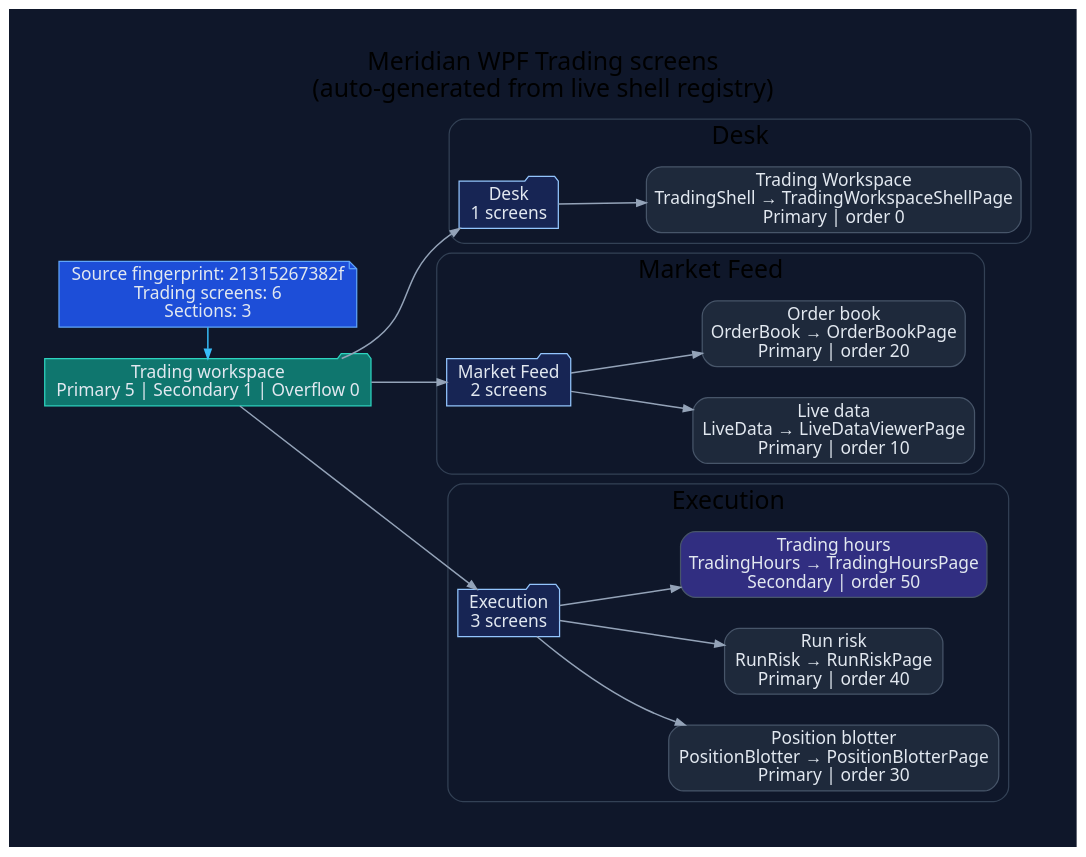
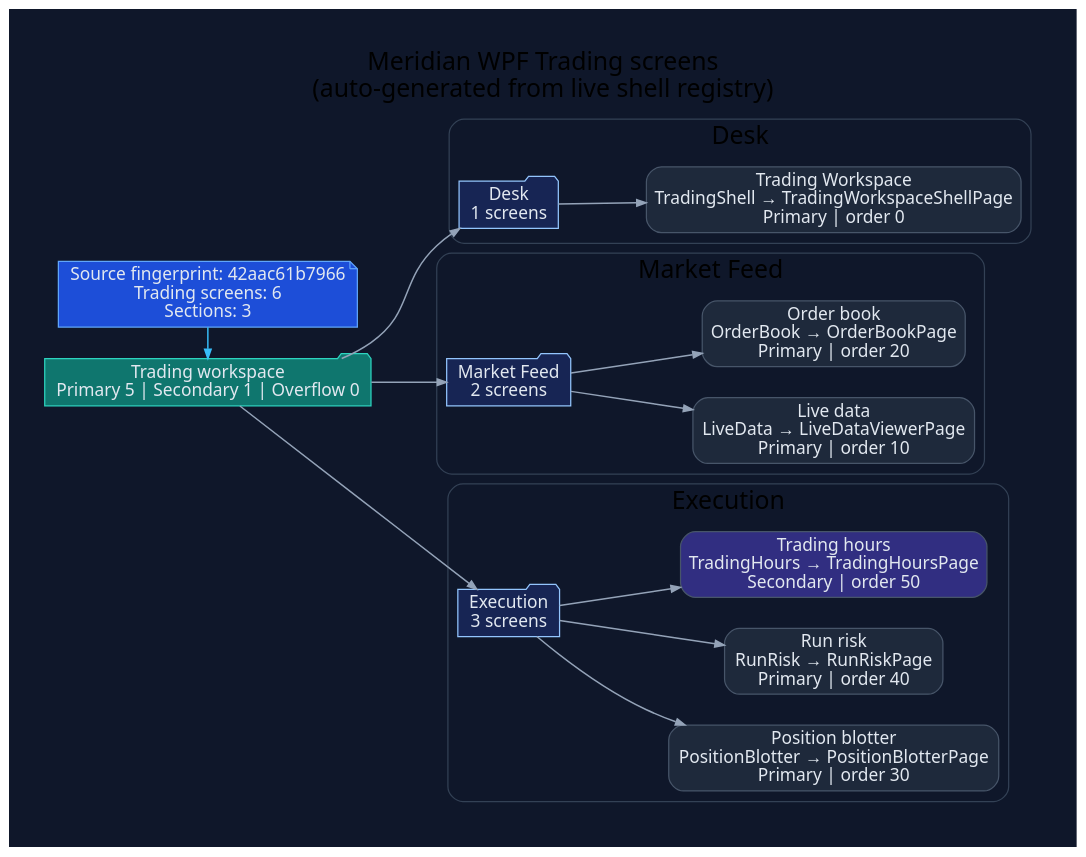
One commit to rodoHasArrived/Meridian-main changed the diagram in docs/diagrams/ui/ui-wpf-screens-trading.dot. Above: the diagram before and after it, drawn with Graphviz. The commit also changed 66 other files, not shown here.

```diff
--- a/docs/diagrams/ui/ui-wpf-screens-trading.dot
+++ b/docs/diagrams/ui/ui-wpf-screens-trading.dot
@@ -1,62 +1,62 @@
 // -----------------------------------------------------------------------------
 // <auto-generated>
 // Generated by scripts/generate-diagrams.mjs.
 // Do not edit this file directly; update the WPF source files instead.
 // -----------------------------------------------------------------------------
 digraph WpfTradingScreens {
   graph [
     rankdir=LR,
     labelloc=t,
     label="Meridian WPF Trading screens\n(auto-generated from live shell registry)",
     fontname="Segoe UI",
     fontsize=20,
     pad=0.4,
     nodesep=0.35,
     ranksep=0.85,
     bgcolor="#0f172a"
   ];
   node [fontname="Segoe UI", shape=box, style="rounded,filled", color="#475569", fontcolor="#e2e8f0", fillcolor="#1e293b"];
   edge [fontname="Segoe UI", color="#94a3b8", penwidth=1.2, arrowsize=0.75];
 
-  generated [shape=note, fillcolor="#1d4ed8", color="#60a5fa", label="Source fingerprint: 21315267382f\nTrading screens: 6\nSections: 3"];
+  generated [shape=note, fillcolor="#1d4ed8", color="#60a5fa", label="Source fingerprint: 42aac61b7966\nTrading screens: 6\nSections: 3"];
   workspace [shape=folder, fillcolor="#0f766e", color="#2dd4bf", label="Trading workspace\nPrimary 5 | Secondary 1 | Overflow 0"];
   generated -> workspace [color="#38bdf8"];
 
   subgraph cluster_section_1 {
     label="Desk";
     color="#334155";
     style="rounded";
     section_1 [shape=folder, fillcolor="#172554", color="#93c5fd", label="Desk\n1 screens"];
     workspace -> section_1;
     screen_TradingShell [fillcolor="#1e293b", label="Trading Workspace\nTradingShell → TradingWorkspaceShellPage\nPrimary | order 0"];
     section_1 -> screen_TradingShell;
   }
 
   subgraph cluster_section_2 {
     label="Market Feed";
     color="#334155";
     style="rounded";
     section_2 [shape=folder, fillcolor="#172554", color="#93c5fd", label="Market Feed\n2 screens"];
     workspace -> section_2;
     screen_LiveData [fillcolor="#1e293b", label="Live data\nLiveData → LiveDataViewerPage\nPrimary | order 10"];
     section_2 -> screen_LiveData;
     screen_OrderBook [fillcolor="#1e293b", label="Order book\nOrderBook → OrderBookPage\nPrimary | order 20"];
     section_2 -> screen_OrderBook;
   }
 
   subgraph cluster_section_3 {
     label="Execution";
     color="#334155";
     style="rounded";
     section_3 [shape=folder, fillcolor="#172554", color="#93c5fd", label="Execution\n3 screens"];
     workspace -> section_3;
     screen_PositionBlotter [fillcolor="#1e293b", label="Position blotter\nPositionBlotter → PositionBlotterPage\nPrimary | order 30"];
     section_3 -> screen_PositionBlotter;
     screen_RunRisk [fillcolor="#1e293b", label="Run risk\nRunRisk → RunRiskPage\nPrimary | order 40"];
     section_3 -> screen_RunRisk;
     screen_TradingHours [fillcolor="#312e81", label="Trading hours\nTradingHours → TradingHoursPage\nSecondary | order 50"];
     section_3 -> screen_TradingHours;
   }
 
   { rank=min; generated; workspace; }
 }
```
